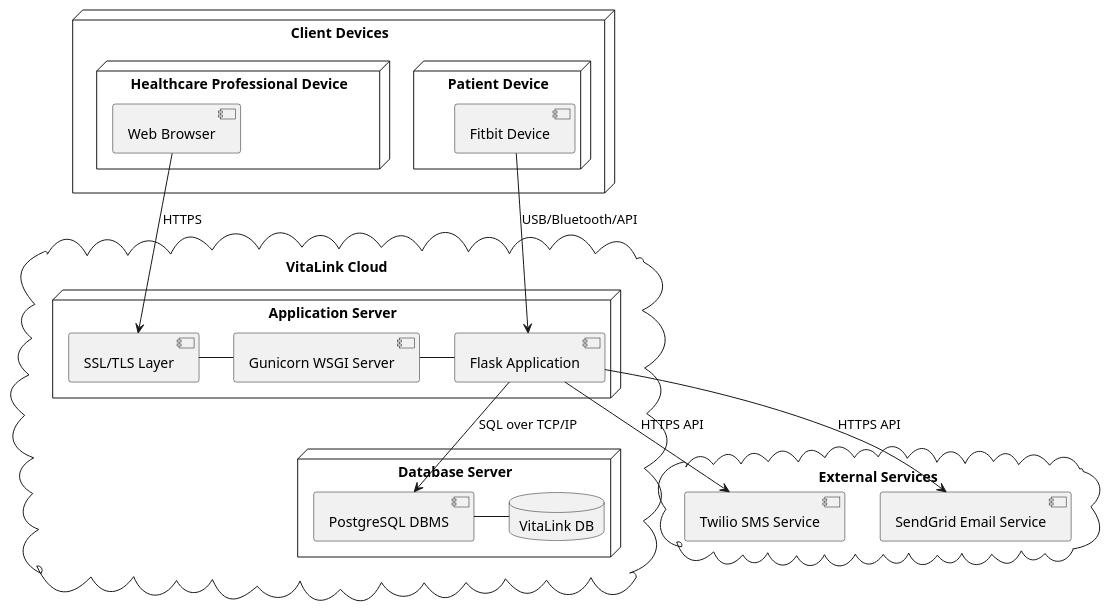
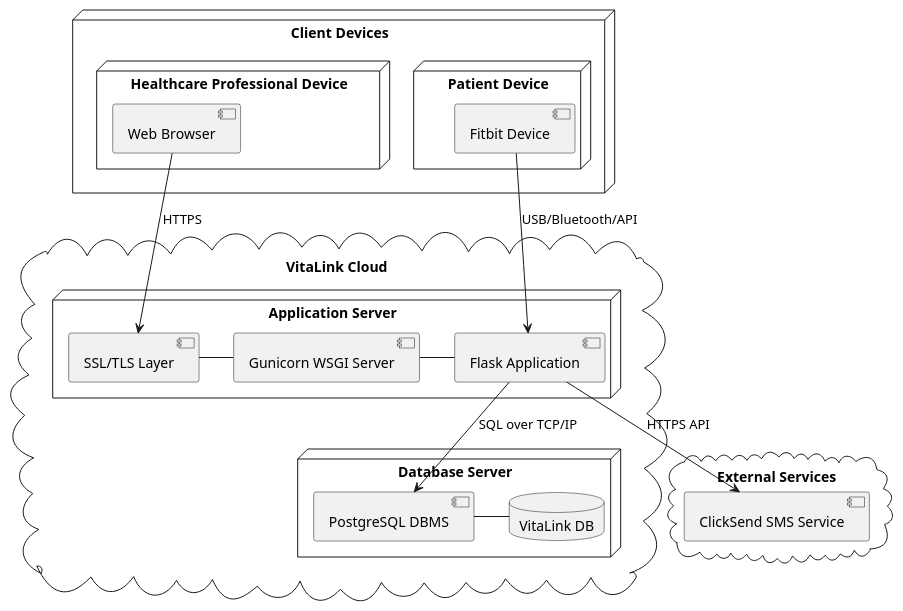
The diagram in UML/Distribution.wsd (andrearoggeri22/VitaLink), drawn with PlantUML before and after one commit. The commit also changed 1 other file, not shown here.

```diff
--- a/UML/Distribution.wsd
+++ b/UML/Distribution.wsd
@@ -1,41 +1,39 @@
 @startuml "Diagramma della Distribuzione VitaLink"
 ' Diagramma della Distribuzione
 node "Client Devices" {
   node "Healthcare Professional Device" {
     [Web Browser] as Browser
   }
   
   node "Patient Device" {
     [Fitbit Device] as Fitbit
   }
 }
 
 cloud "VitaLink Cloud" {
   node "Application Server" {
     [Flask Application] as App
     [Gunicorn WSGI Server] as Gunicorn
     [SSL/TLS Layer] as SSL
     
     SSL - Gunicorn
     Gunicorn - App
   }
   
   node "Database Server" {
     [PostgreSQL DBMS] as PostgreSQL
     database "VitaLink DB" as DB
     
     PostgreSQL - DB
   }
 }
 
 cloud "External Services" {
-  [Twilio SMS Service] as Twilio
-  [SendGrid Email Service] as SendGrid
+  [ClickSend SMS Service] as ClickSend
 }
 
 Browser --> SSL : "HTTPS"
 Fitbit --> App : "USB/Bluetooth/API"
 App --> PostgreSQL : "SQL over TCP/IP"
-App --> Twilio : "HTTPS API"
-App --> SendGrid : "HTTPS API"
+App --> ClickSend : "HTTPS API"
 @enduml
```
